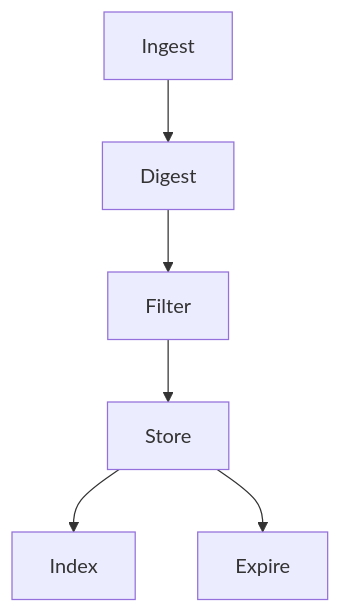
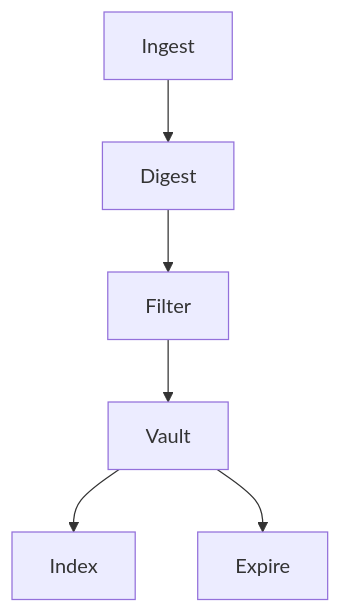
The diagram in frontend/src/help/general-concepts.md (kluzzebass/gastrolog), drawn with Mermaid before and after one commit. The commit also changed other lines of this file and 154 other files, not shown here.

````diff
--- a/frontend/src/help/general-concepts.md
+++ b/frontend/src/help/general-concepts.md
@@ -46,8 +46,8 @@
 ```mermaid
 flowchart TD
     A[Ingest] --> B[Digest]
     B --> C[Filter]
-    C --> D[Store]
+    C --> D[Vault]
     D --> E[Index]
     D --> F[Expire]
 ```
````
